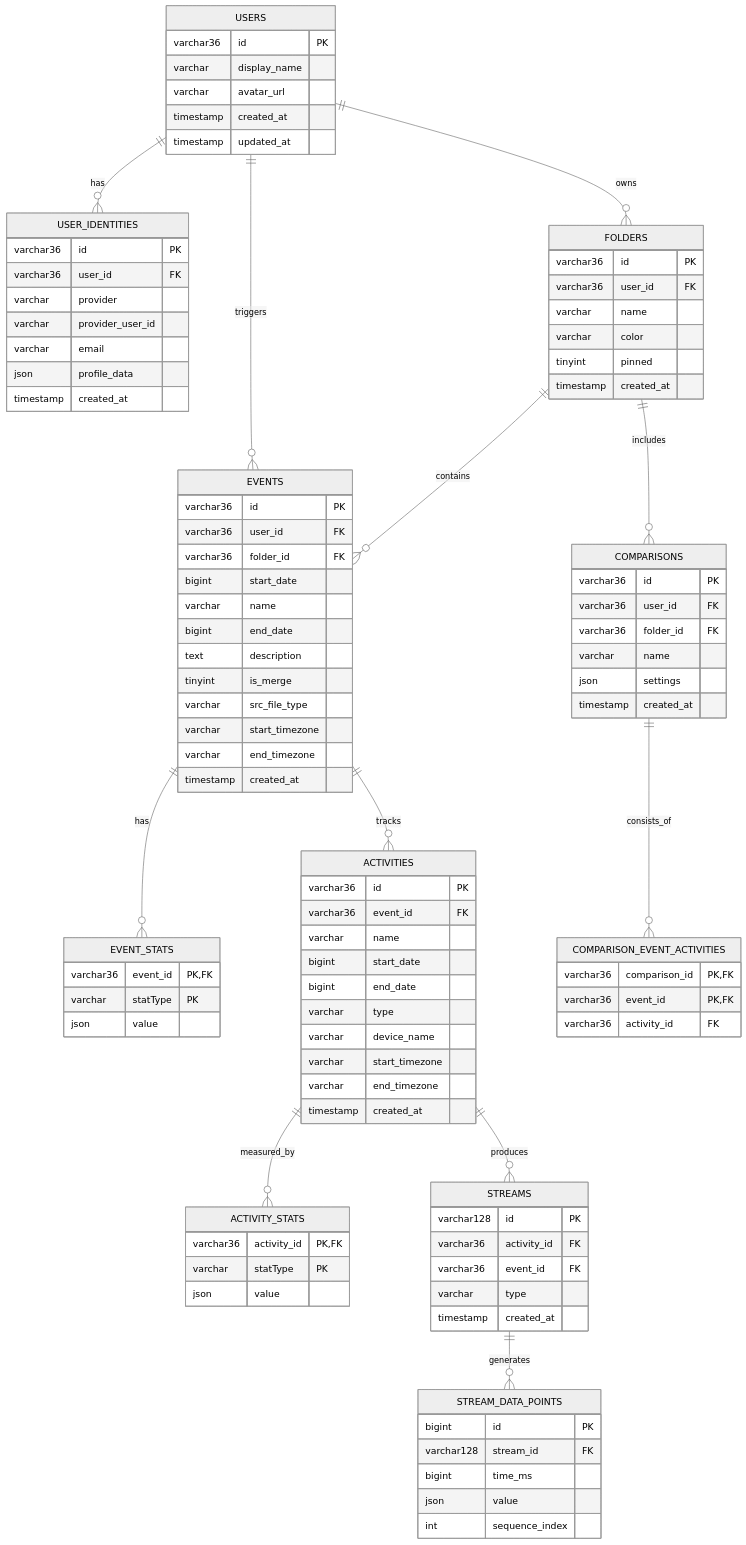
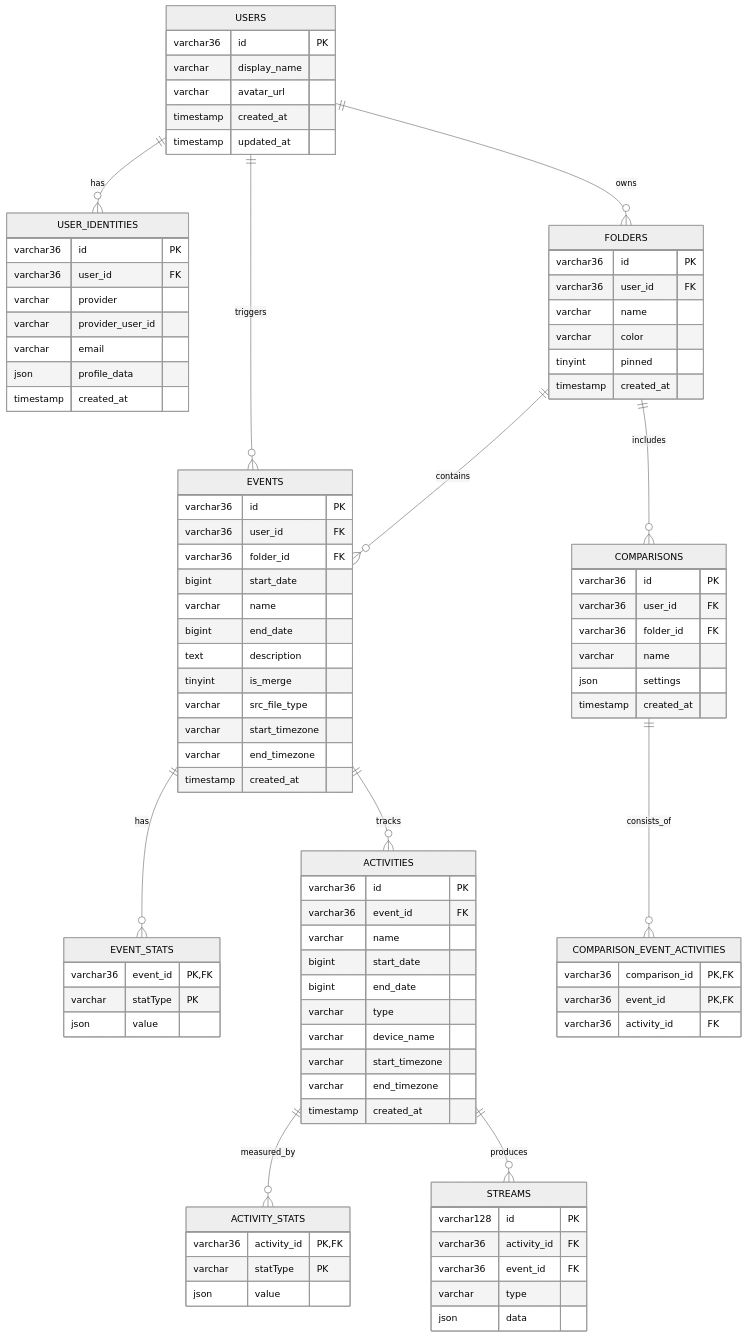
The diagram in docs/ARCHITECTURE.md (luispabon/OpenFitLab), drawn with Mermaid (neutral theme) before and after one commit. The commit also changed other lines of this file and 15 other files, not shown here.

First line of the commit message:
Pack stream samples into streams.data (JSON compressed)

```diff
--- a/docs/ARCHITECTURE.md
+++ b/docs/ARCHITECTURE.md
@@ -142,7 +142,6 @@
     EVENTS ||--o{ ACTIVITIES : tracks
     ACTIVITIES ||--o{ ACTIVITY_STATS : measured_by
     ACTIVITIES ||--o{ STREAMS : produces
-    STREAMS ||--o{ STREAM_DATA_POINTS : generates
     FOLDERS ||--o{ COMPARISONS : includes
     COMPARISONS ||--o{ COMPARISON_EVENT_ACTIVITIES : consists_of
 
@@ -218,15 +217,7 @@
         varchar36 activity_id FK
         varchar36 event_id FK
         varchar type
-        timestamp created_at
-    }
-
-    STREAM_DATA_POINTS {
-        bigint id PK
-        varchar128 stream_id FK
-        bigint time_ms
-        json value
-        int sequence_index
+        json data
     }
 
     COMPARISONS {
```
